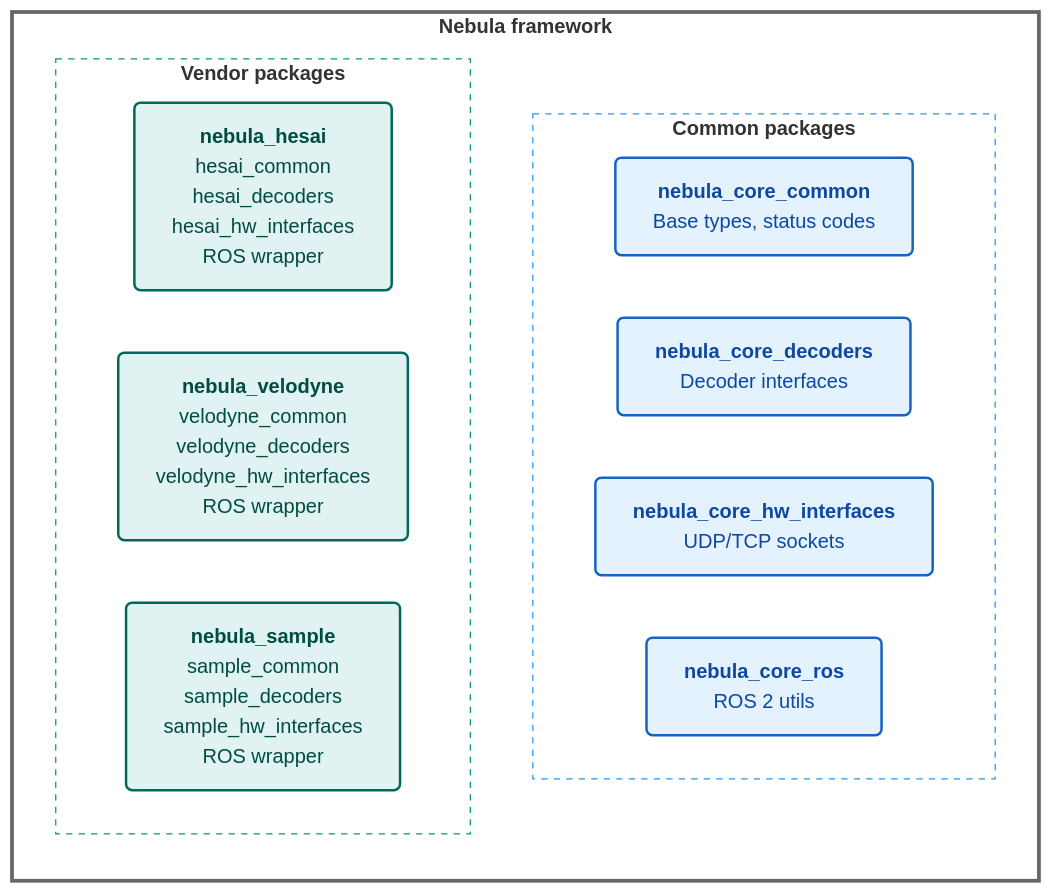
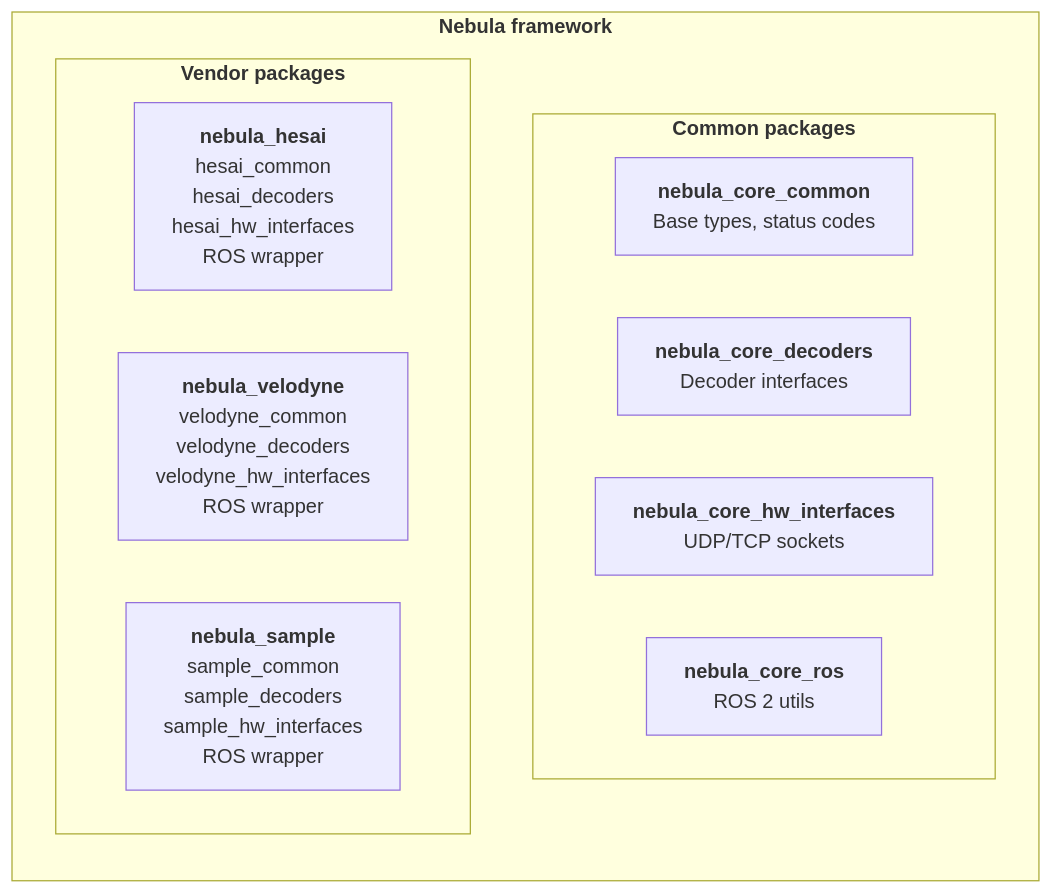
The first of 2 diagrams in docs/integration_guide.md (tier4/nebula), drawn with Mermaid before and after one commit. The commit also changed other lines of this file and 2 other files, not shown here.

Commit message:
docs(sample_sensor): simplify diagrams

````diff
--- a/docs/integration_guide.md
+++ b/docs/integration_guide.md
@@ -22,37 +22,27 @@
 ```mermaid
 graph TB
-    %% --- STYLE DEFINITIONS ---
-    %% Blue theme for Common
-    classDef common fill:#e3f2fd,stroke:#1565c0,stroke-width:2px,rx:5,ry:5,color:#0d47a1;
-
-    %% Teal/Green theme for Vendors
-    classDef vendor fill:#e0f2f1,stroke:#00695c,stroke-width:2px,rx:5,ry:5,color:#004d40;
 
     %% --- GRAPH STRUCTURE ---
     subgraph Nebula["<b>Nebula framework</b>"]
         direction TB
 
         subgraph Common["<b>Common packages</b>"]
             direction LR
-            C1["<b>nebula_core_common</b><br/>Base types, status codes"]:::common
-            C2["<b>nebula_core_decoders</b><br/>Decoder interfaces"]:::common
-            C3["<b>nebula_core_hw_interfaces</b><br/>UDP/TCP sockets"]:::common
-            C4["<b>nebula_core_ros</b><br/>ROS 2 utils"]:::common
+            C1["<b>nebula_core_common</b><br/>Base types, status codes"]
+            C2["<b>nebula_core_decoders</b><br/>Decoder interfaces"]
+            C3["<b>nebula_core_hw_interfaces</b><br/>UDP/TCP sockets"]
+            C4["<b>nebula_core_ros</b><br/>ROS 2 utils"]
         end
 
         subgraph Vendors["<b>Vendor packages</b>"]
             direction LR
-            Hesai["<b>nebula_hesai</b><br/>hesai_common<br/>hesai_decoders<br/>hesai_hw_interfaces<br/>ROS wrapper"]:::vendor
+            Hesai["<b>nebula_hesai</b><br/>hesai_common<br/>hesai_decoders<br/>hesai_hw_interfaces<br/>ROS wrapper"]
 
-            Velodyne["<b>nebula_velodyne</b><br/>velodyne_common<br/>velodyne_decoders<br/>velodyne_hw_interfaces<br/>ROS wrapper"]:::vendor
+            Velodyne["<b>nebula_velodyne</b><br/>velodyne_common<br/>velodyne_decoders<br/>velodyne_hw_interfaces<br/>ROS wrapper"]
 
-            Sample["<b>nebula_sample</b><br/>sample_common<br/>sample_decoders<br/>sample_hw_interfaces<br/>ROS wrapper"]:::vendor
+            Sample["<b>nebula_sample</b><br/>sample_common<br/>sample_decoders<br/>sample_hw_interfaces<br/>ROS wrapper"]
         end
     end
 
-    %% --- SUBGRAPH STYLING ---
-    %% Style the containers to have dashed borders and transparent backgrounds
-    style Nebula fill:none,stroke:#666,stroke-width:3px
-    style Common fill:none,stroke:#2196f3,stroke-dasharray: 5 5
-    style Vendors fill:none,stroke:#009688,stroke-dasharray: 5 5
+
 ```
````
